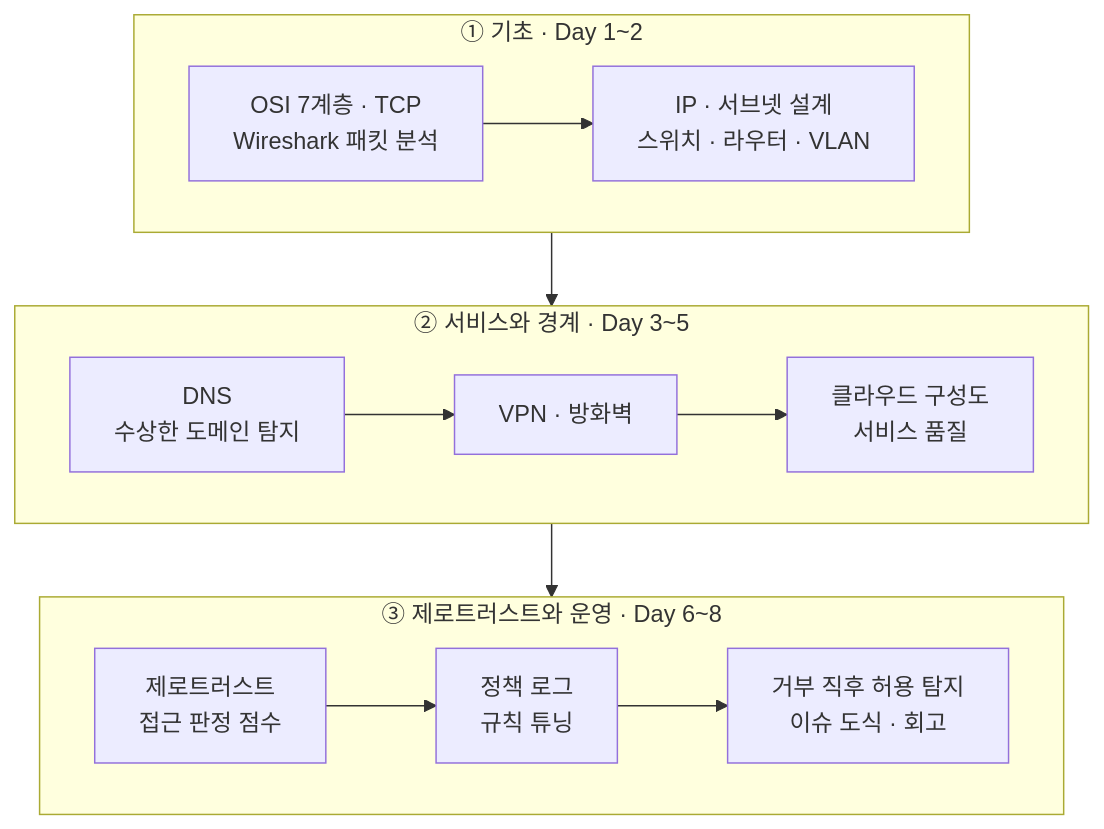
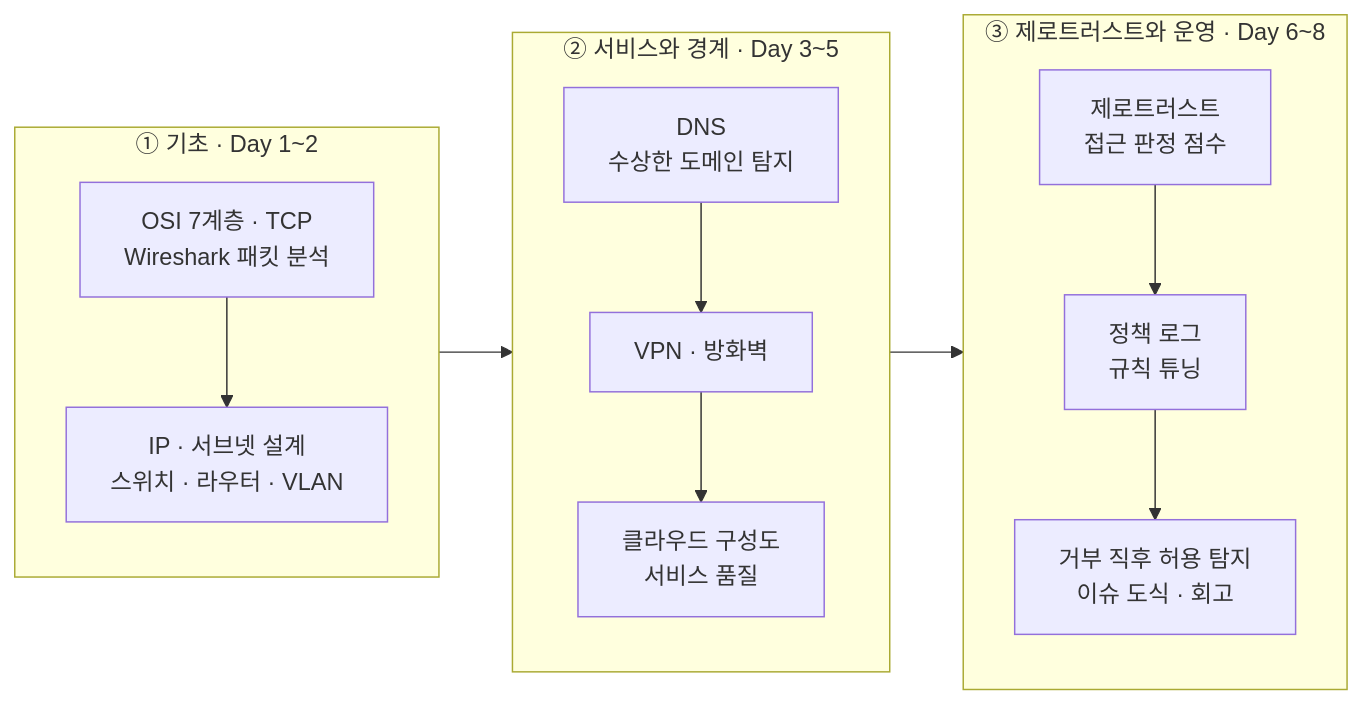
One commit to mdkk0220/security-agent-toolkit changed the second of 4 diagrams in Readme.md. Above: the diagram before and after it, drawn with Mermaid. The commit also changed other lines of this file, not shown here.

````diff
--- a/Readme.md
+++ b/Readme.md
@@ -85,16 +85,16 @@
 ```mermaid
-flowchart TB
+flowchart LR
     subgraph S1["① 기초 · Day 1~2"]
-        direction LR
+        direction TB
         A["OSI 7계층 · TCP<br/>Wireshark 패킷 분석"] --> B["IP · 서브넷 설계<br/>스위치 · 라우터 · VLAN"]
     end
     subgraph S2["② 서비스와 경계 · Day 3~5"]
-        direction LR
+        direction TB
         C["DNS<br/>수상한 도메인 탐지"] --> D["VPN · 방화벽"] --> E["클라우드 구성도<br/>서비스 품질"]
     end
     subgraph S3["③ 제로트러스트와 운영 · Day 6~8"]
-        direction LR
+        direction TB
         F["제로트러스트<br/>접근 판정 점수"] --> G["정책 로그<br/>규칙 튜닝"] --> H["거부 직후 허용 탐지<br/>이슈 도식 · 회고"]
     end
     S1 --> S2 --> S3
 ```
````
